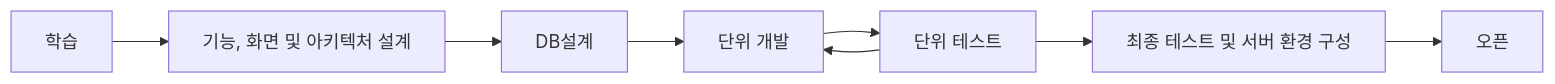
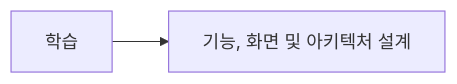
Before and after one commit to umamusi/pentago: the diagram in README.md, drawn with Mermaid.

````diff
--- a/README.md
+++ b/README.md
@@ -46,10 +46,5 @@
 ```mermaid
 graph LR
 A[학습] --> B[기능, 화면 및 아키텍처 설계]
-B --> C[DB설계]
-C --> D[단위 개발]
-D --> F[단위 테스트]
-F --> D
-F --> G[최종 테스트 및 서버 환경 구성]
-G --> H[오픈]
+
 ```
````
